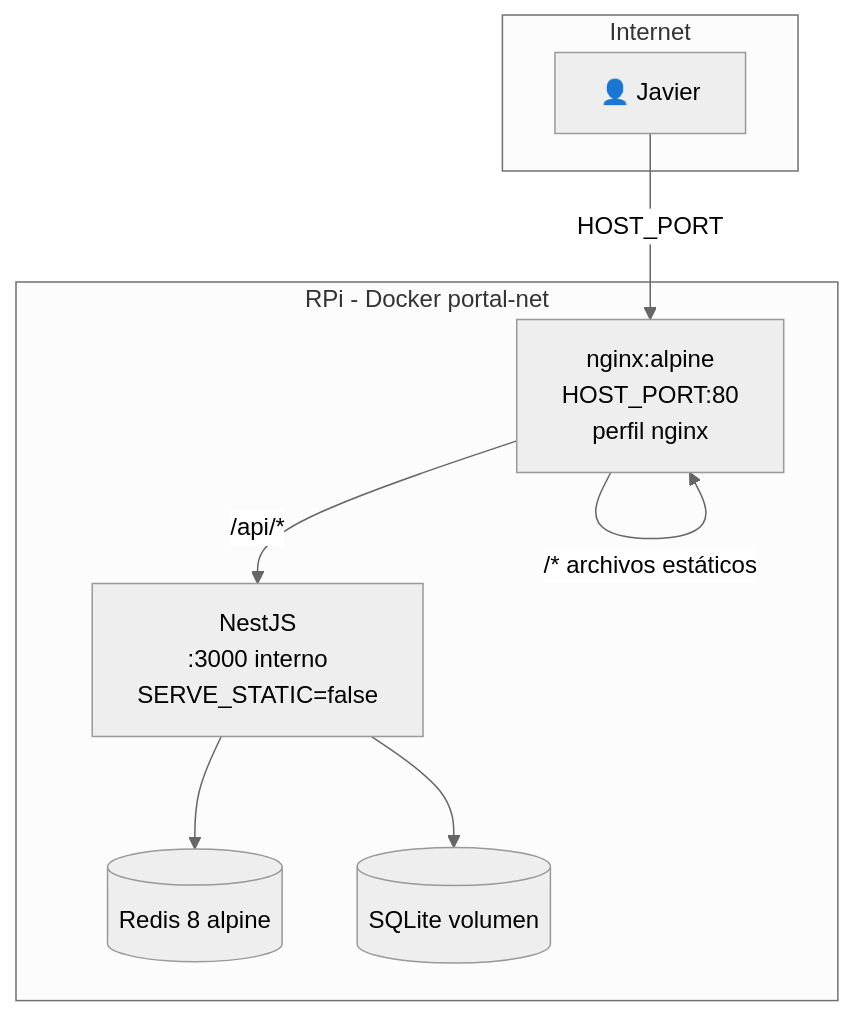
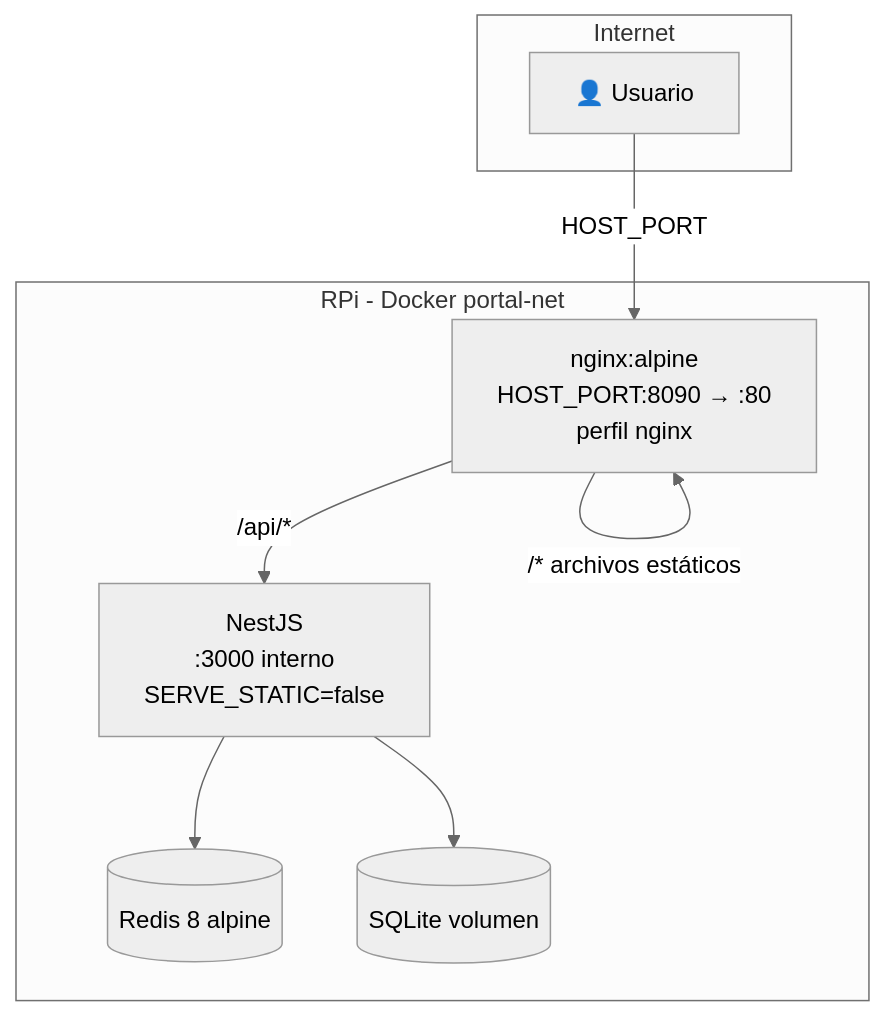
The ninth of 9 diagrams in daily-portal-architecture.md (fjbatresv/daily-portal), drawn with Mermaid (neutral theme) before and after one commit. The commit also changed other lines of this file and 49 other files, not shown here.

````diff
--- a/daily-portal-architecture.md
+++ b/daily-portal-architecture.md
@@ -456,19 +456,19 @@
 ```mermaid
 graph TB
   subgraph Internet
-    USER[👤 Javier]
+    USER[👤 Usuario]
   end
 
   subgraph RPi - Docker portal-net
-    NGINX[nginx:alpine<br/>HOST_PORT:80<br/>perfil nginx]
+    NGINX[nginx:alpine<br/>HOST_PORT:8090 → :80<br/>perfil nginx]
     NESTJS[NestJS<br/>:3000 interno<br/>SERVE_STATIC=false]
     REDIS[(Redis 8 alpine)]
     SQLITE[(SQLite volumen)]
   end
 
   USER -->|HOST_PORT| NGINX
   NGINX -->|/* archivos estáticos| NGINX
   NGINX -->|/api/*| NESTJS
   NESTJS --> REDIS
   NESTJS --> SQLITE
 ```
````
